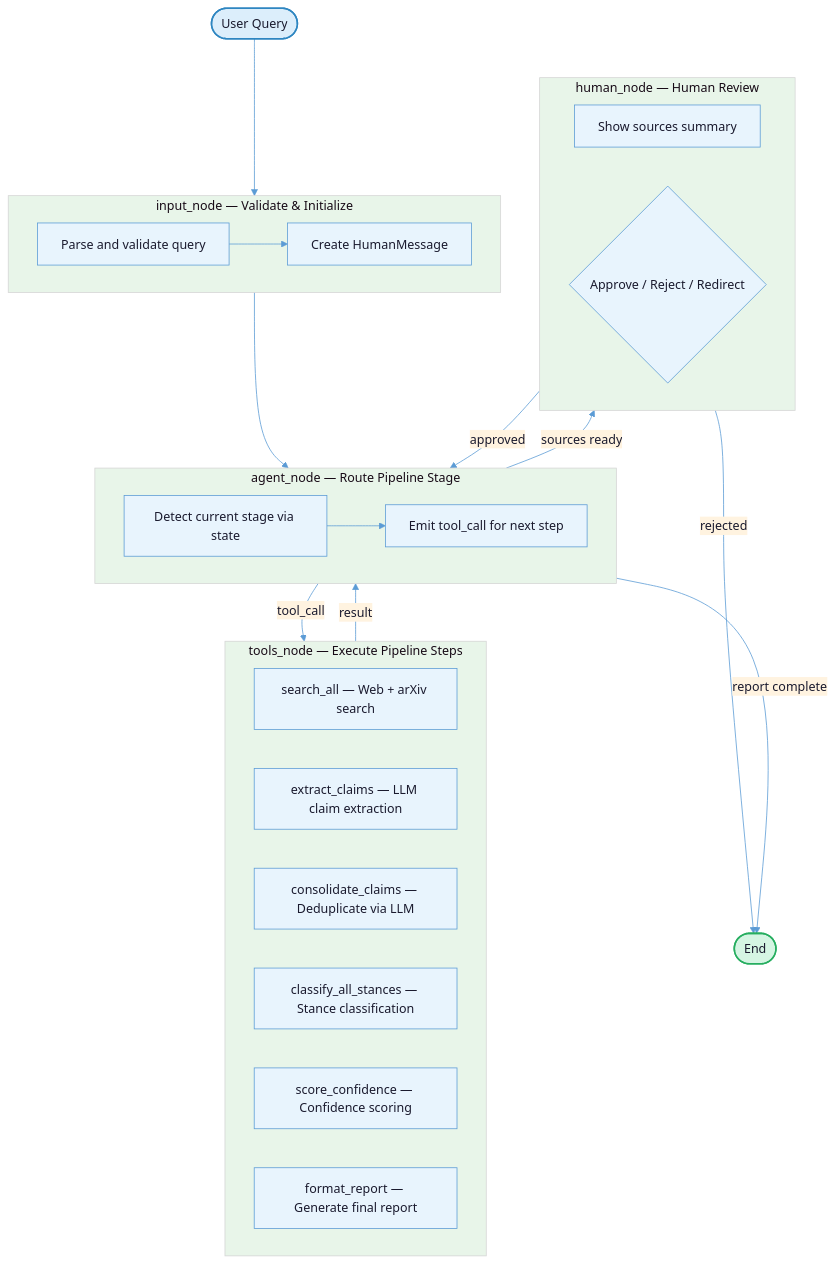
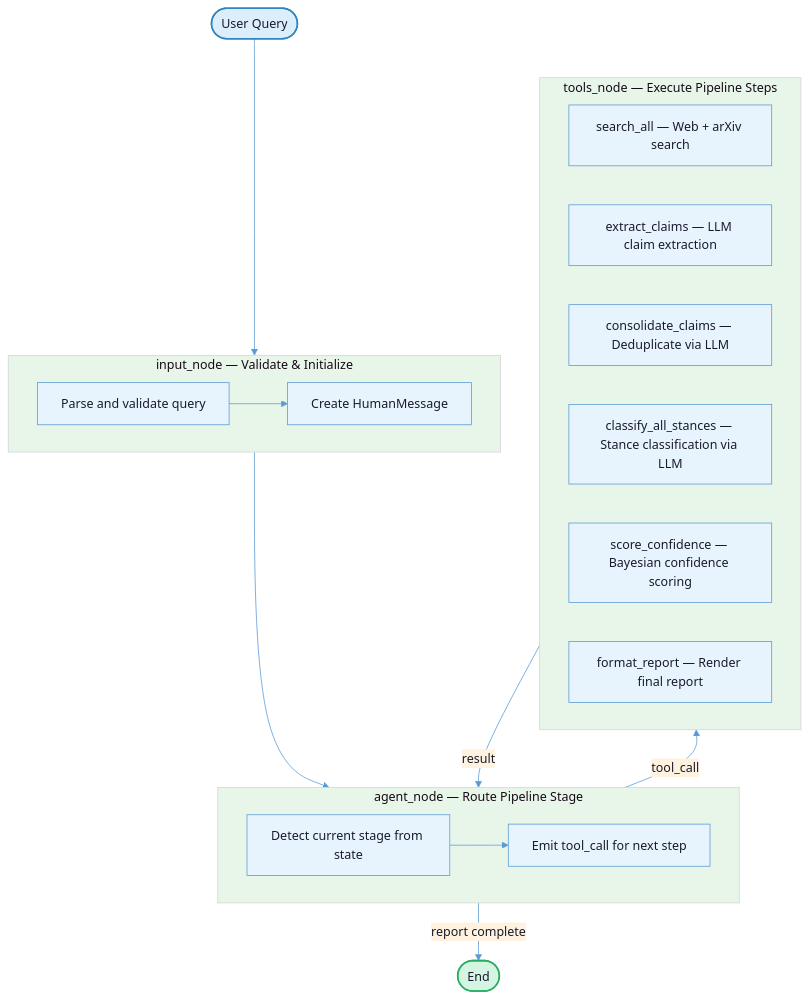
The diagram in README.md (gvarchala-pixel/Confidence-Scorer), drawn with Mermaid before and after one commit. The commit also changed other lines of this file, not shown here.

````diff
--- a/README.md
+++ b/README.md
@@ -14,45 +17,37 @@
 ```mermaid
 %%{init: {'theme': 'base', 'themeVariables': {'primaryColor': '#E8F4FD', 'primaryTextColor': '#1a1a2e', 'primaryBorderColor': '#5B9BD5', 'lineColor': '#5B9BD5', 'secondaryColor': '#FFF3E0', 'tertiaryColor': '#E8F5E9'}}}%%
 flowchart TD
     Q([" User Query "]):::input
 
     subgraph input_node [" input_node — Validate & Initialize "]
         I1["Parse and validate query"]
         I2["Create HumanMessage"]
         I1 --> I2
     end
 
     subgraph agent_node [" agent_node — Route Pipeline Stage "]
-        A1["Detect current stage via state"]
+        A1["Detect current stage from state"]
         A2["Emit tool_call for next step"]
         A1 --> A2
     end
 
     subgraph tools_node [" tools_node — Execute Pipeline Steps "]
         T1["search_all — Web + arXiv search"]
         T2["extract_claims — LLM claim extraction"]
         T3["consolidate_claims — Deduplicate via LLM"]
-        T4["classify_all_stances — Stance classification"]
-        T5["score_confidence — Confidence scoring"]
-        T6["format_report — Generate final report"]
-    end
-
-    subgraph human_node [" human_node — Human Review "]
-        H1["Show sources summary"]
-        H2{"Approve / Reject / Redirect"}
+        T4["classify_all_stances — Stance classification via LLM"]
+        T5["score_confidence — Bayesian confidence scoring"]
+        T6["format_report — Render final report"]
     end
 
     DONE([" End "]):::done
 
     Q --> input_node
     input_node --> agent_node
     agent_node -->|"tool_call"| tools_node
     tools_node -->|"result"| agent_node
-    agent_node -->|"sources ready"| human_node
-    human_node -->|"approved"| agent_node
-    human_node -->|"rejected"| DONE
     agent_node -->|"report complete"| DONE
 
     classDef input fill:#DCEEFB,stroke:#2E86C1,color:#1a1a2e,stroke-width:2px
     classDef done fill:#D5F5E3,stroke:#27AE60,color:#1a1a2e,stroke-width:2px
 ```
````
